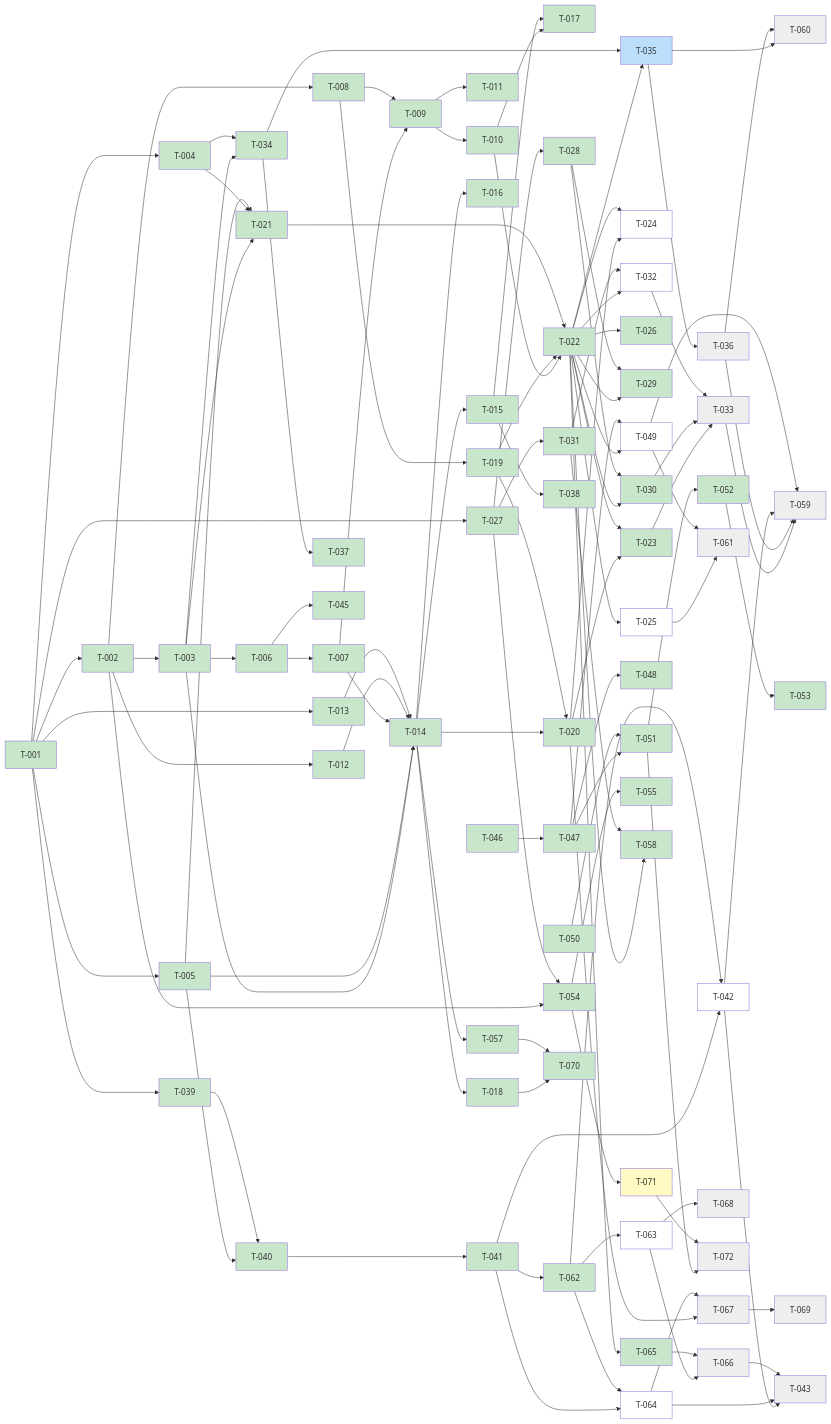
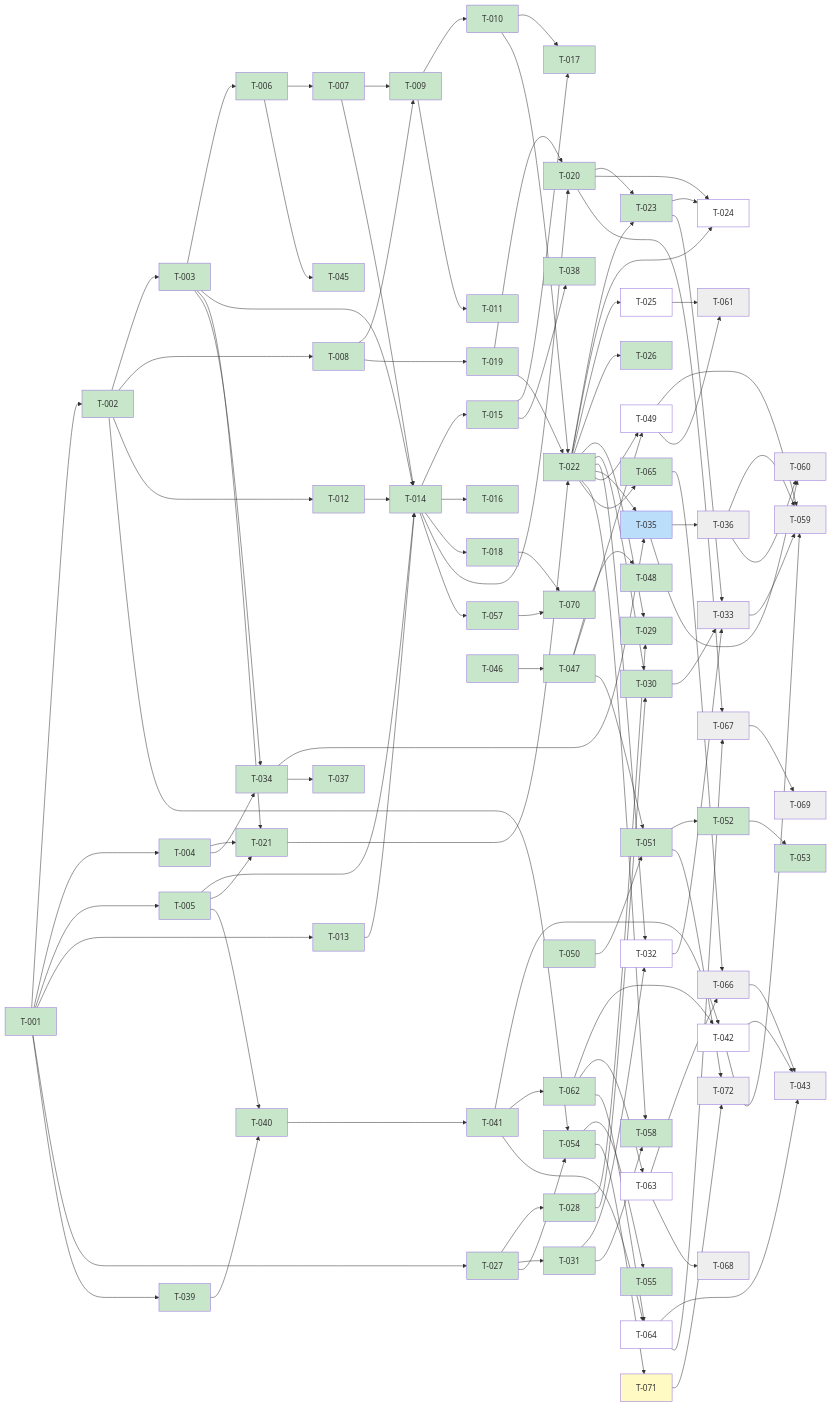
Before and after one commit to scholtz/biatec-chat: the diagram in kanban/BOARD.md, drawn with Mermaid. The commit also changed other lines of this file and 11 other files, not shown here.

```diff
--- a/kanban/BOARD.md
+++ b/kanban/BOARD.md
@@ -144,6 +144,7 @@
   T022[T-022] --> T023[T-023]
   T020[T-020] --> T024[T-024]
   T022[T-022] --> T024[T-024]
+  T023[T-023] --> T024[T-024]
   T022[T-022] --> T025[T-025]
   T022[T-022] --> T026[T-026]
   T001[T-001] --> T027[T-027]
```
